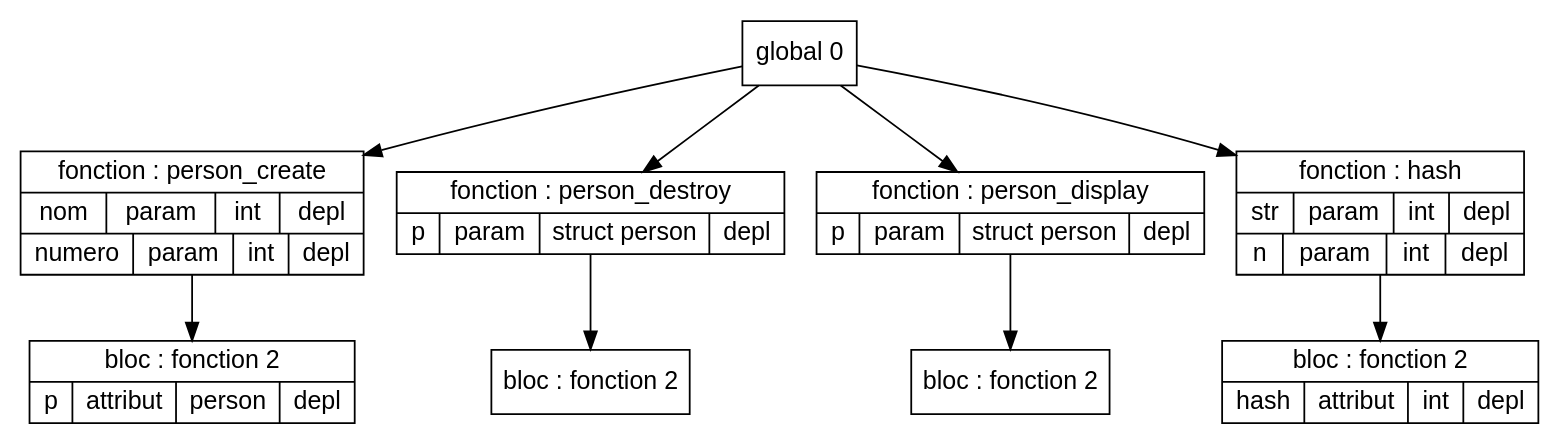
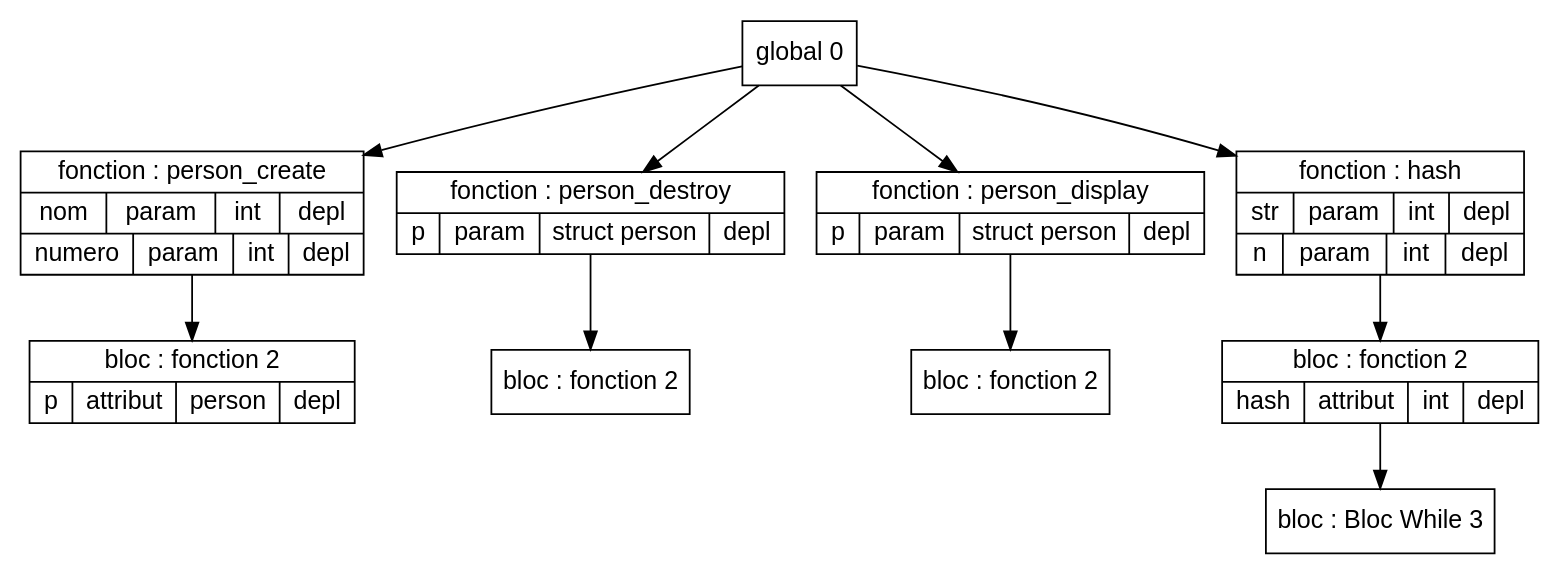
One commit to Hamza-ABDOULHOUSSEN/compil changed the diagram in Code/out/tds/dot/Test_Complet/test1.dot. Above: the diagram before and after it, drawn with Graphviz. The commit also changed 4 other files, not shown here.

```diff
--- a/Code/out/tds/dot/Test_Complet/test1.dot
+++ b/Code/out/tds/dot/Test_Complet/test1.dot
@@ -1,49 +1,53 @@
 digraph "tds"{
 
 	node [fontname="Arial"];
 
 	N2 [shape=record label="{ bloc : fonction  2
 	| { p | attribut | person | depl }
 	}"];
 
 	N1 [shape=record label="{ fonction : person_create
 	| { nom | param | int | depl }
 	| { numero | param | int | depl }
 	}"];
 
 	N4 [shape=record label="{ bloc : fonction  2
 	}"];
 
 	N3 [shape=record label="{ fonction : person_destroy
 	| { p | param | struct person | depl }
 	}"];
 
 	N6 [shape=record label="{ bloc : fonction  2
 	}"];
 
 	N5 [shape=record label="{ fonction : person_display
 	| { p | param | struct person | depl }
 	}"];
 
+	N9 [shape=record label="{ bloc : Bloc While  3
+	}"];
+
 	N8 [shape=record label="{ bloc : fonction  2
 	| { hash | attribut | int | depl }
 	}"];
 
 	N7 [shape=record label="{ fonction : hash
 	| { str | param | int | depl }
 	| { n | param | int | depl }
 	}"];
 
 	N0 [shape=record label="{ global 0
 	}"];
 
 
 	N0 -> N1; 
 	N1 -> N2; 
 	N0 -> N3; 
 	N3 -> N4; 
 	N0 -> N5; 
 	N5 -> N6; 
 	N0 -> N7; 
 	N7 -> N8; 
+	N8 -> N9; 
 }
```
